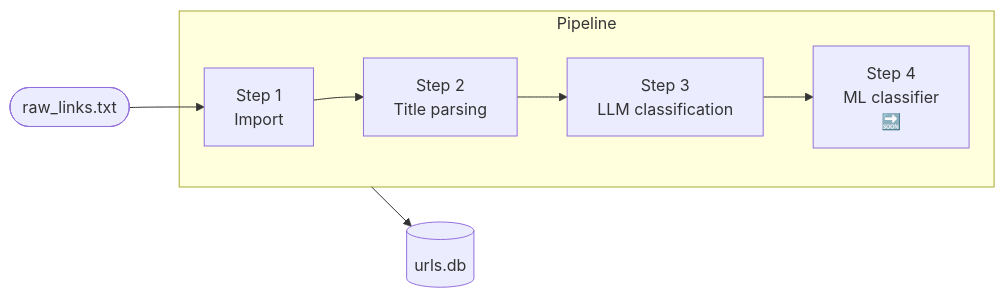
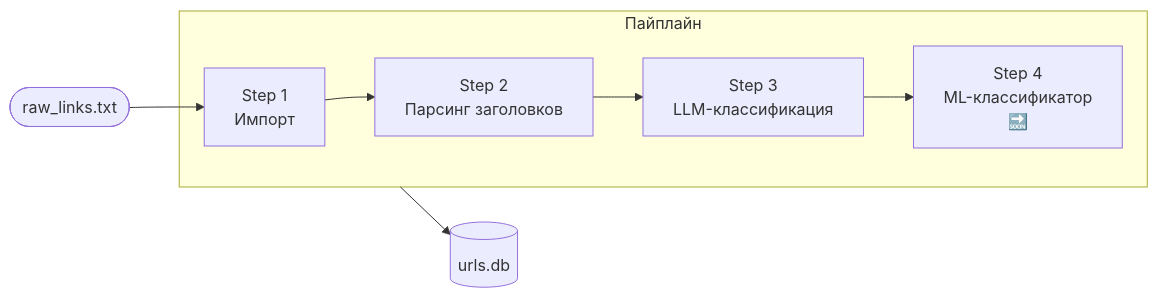
The first of 4 diagrams in README.md (ioncat/web-page-classifier), drawn with Mermaid before and after one commit. The commit also changed other lines of this file, not shown here.

````diff
--- a/README.md
+++ b/README.md
@@ -31,13 +31,13 @@
 ```mermaid
 flowchart LR
     A([raw_links.txt]) --> B
 
-    subgraph pipeline ["Pipeline"]
-        B["Step 1<br/>Import"]
-        B --> C["Step 2<br/>Title parsing"]
-        C --> D["Step 3<br/>LLM classification"]
-        D --> E["Step 4<br/>ML classifier<br/>🔜"]
+    subgraph pipeline ["Пайплайн"]
+        B["Step 1<br/>Импорт"]
+        B --> C["Step 2<br/>Парсинг заголовков"]
+        C --> D["Step 3<br/>LLM-классификация"]
+        D --> E["Step 4<br/>ML-классификатор<br/>🔜"]
     end
 
     pipeline --> F[(urls.db)]
 ```
````
